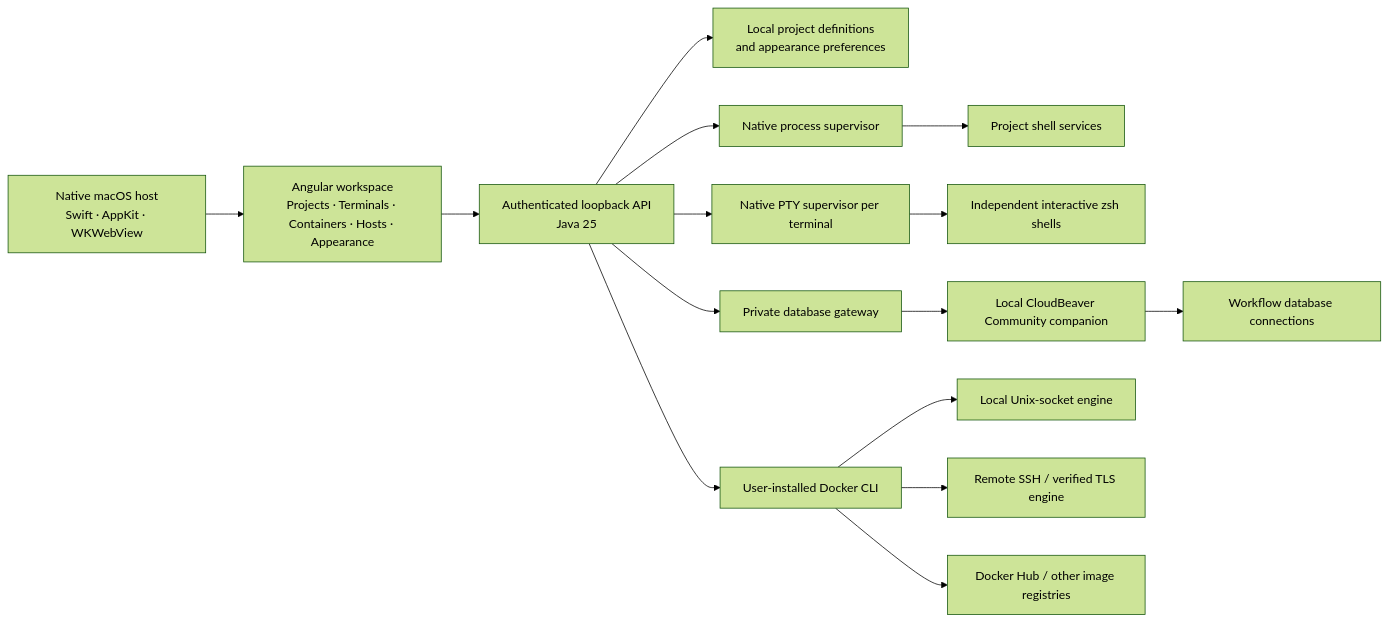
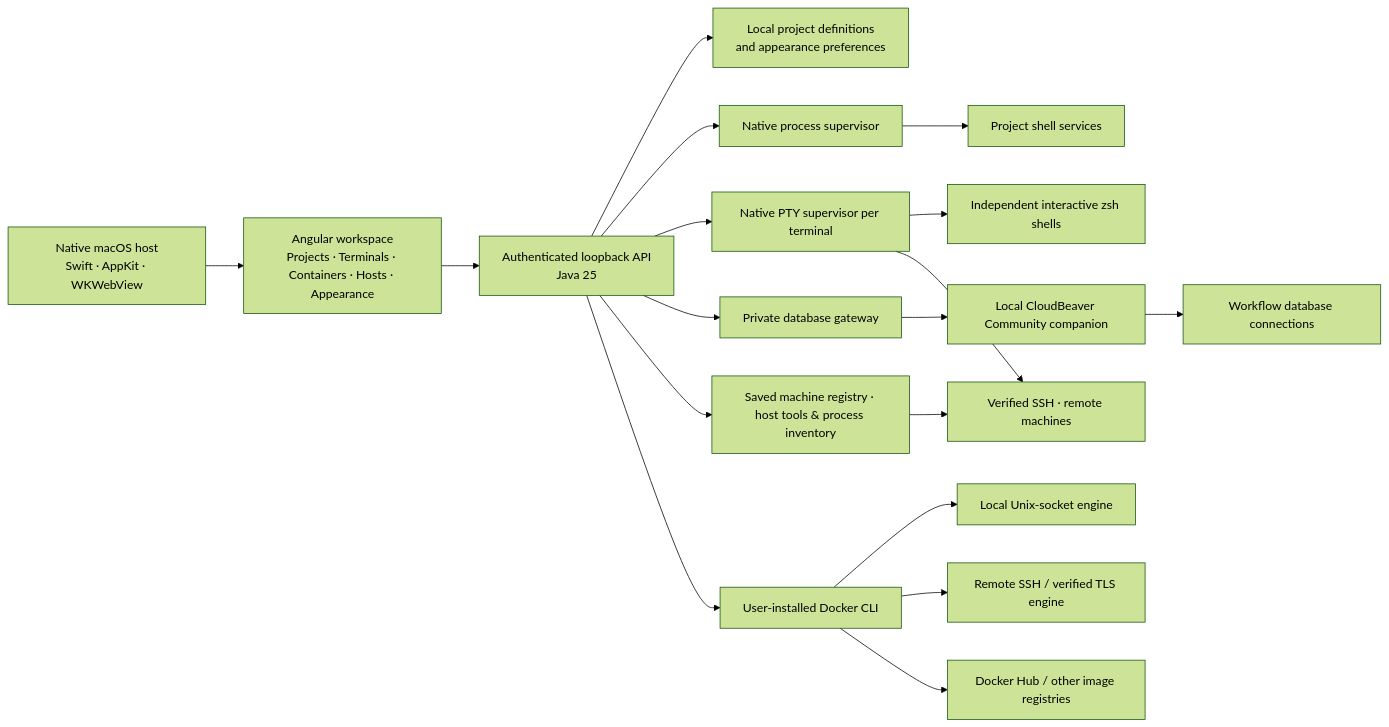
The diagram in README.md (L8TESTPR0JECTS/RuntimeBay), drawn with Mermaid (forest theme) before and after one commit. The commit also changed other lines of this file and 26 other files, not shown here.

Commit message:
feat: manage machines independently with SSH tooling and terminals

````diff
--- a/README.md
+++ b/README.md
@@ -81,17 +84,20 @@
 ```mermaid
 flowchart LR
   Mac["Native macOS host<br/>Swift · AppKit · WKWebView"] --> UI["Angular workspace<br/>Projects · Terminals · Containers · Hosts · Appearance"]
   UI --> API["Authenticated loopback API<br/>Java 25"]
   API --> Store["Local project definitions<br/>and appearance preferences"]
   API --> Supervisor["Native process supervisor"]
   Supervisor --> Services["Project shell services"]
   API --> PTY["Native PTY supervisor per terminal"]
   PTY --> Shells["Independent interactive zsh shells"]
   API --> Database["Private database gateway"]
   Database --> CloudBeaver["Local CloudBeaver Community companion"]
   CloudBeaver --> DB["Workflow database connections"]
+  API --> Machines["Saved machine registry · host tools & process inventory"]
+  Machines --> SSH["Verified SSH · remote machines"]
+  PTY --> SSH
   API --> Docker["User-installed Docker CLI"]
   Docker --> Local["Local Unix-socket engine"]
   Docker --> Remote["Remote SSH / verified TLS engine"]
   Docker --> Registry["Docker Hub / other image registries"]
 ```
````
